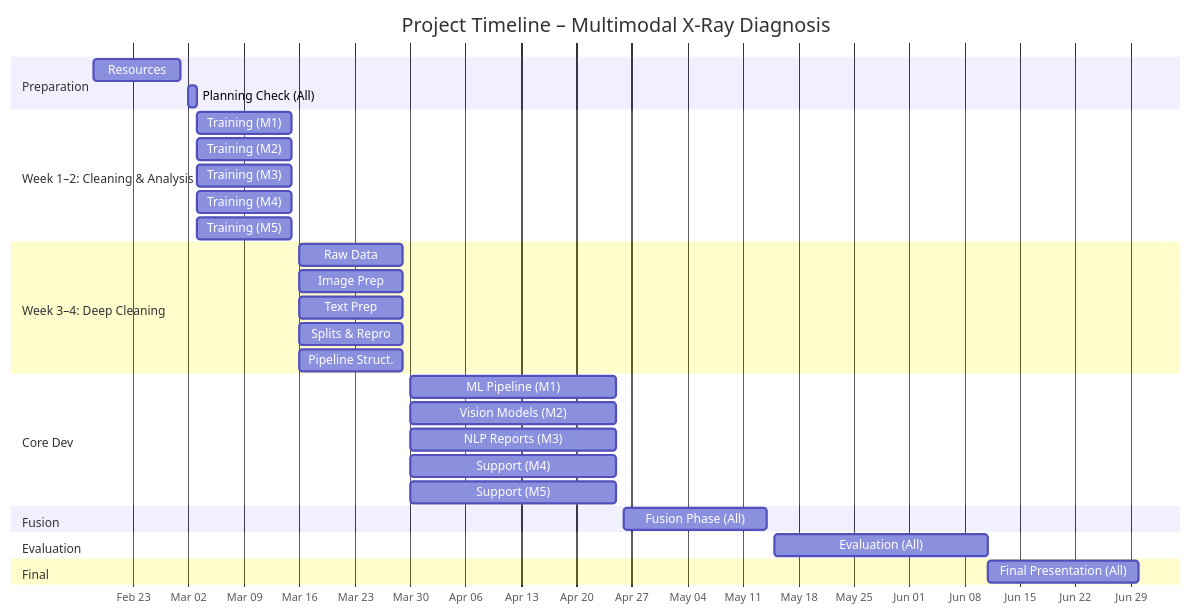
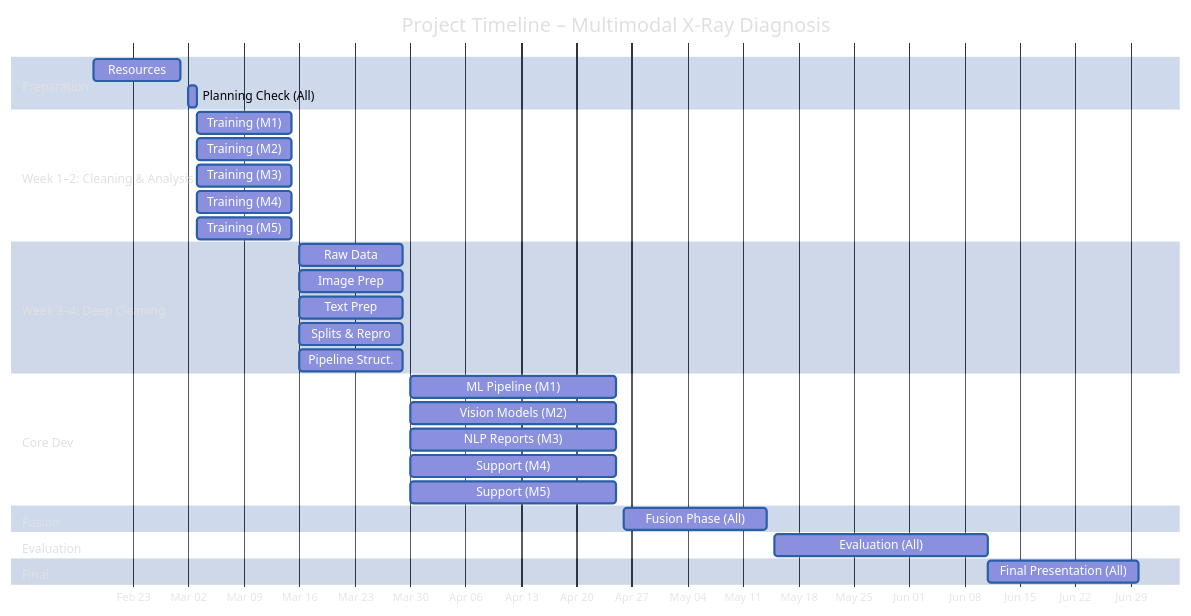
One commit to chaotiquetaurus/Open-i_chestxray_multimodal changed the diagram in Diagramme_planning.md. Above: the diagram before and after it, drawn with Mermaid.

````diff
--- a/Diagramme_planning.md
+++ b/Diagramme_planning.md
@@ -1,42 +1,55 @@
 ```mermaid
-
+%%{init: {
+    "theme": "default",
+    "themeVariables": {
+        "fontSize": "9px",
+        "fontFamily": "Inter",
+        "textColor": "#e0e0e0",
+        "taskTextColor": "#ffffff",
+        "taskColor": "#3a7bd5",
+        "taskBorderColor": "#2a5fa8",
+        "lineColor": "#90caf9",
+        "sectionBkgColor": "#0d47a1",
+        "sectionBkgColor2": "#0a3d91"
+    }
+}}%%
 
 gantt
     title Project Timeline – Multimodal X‑Ray Diagnosis
     dateFormat  YYYY-MM-DD
     axisFormat  %b %d
 
     section Preparation
-    Resources            :a1, 2025-02-18, 2025-03-01
-    Planning Check (All)             :a2, 2025-03-02, 1d
+    Resources                 :a1, 2025-02-18, 2025-03-01
+    Planning Check (All)      :a2, 2025-03-02, 1d
 
     section Week 1–2: Cleaning & Analysis
-    Training (M1)         :m1a, 2025-03-03, 2025-03-15
-    Training (M2)       :m2a, 2025-03-03, 2025-03-15
-    Training (M3)        :m3a, 2025-03-03, 2025-03-15
-    Training (M4)   :m4a, 2025-03-03, 2025-03-15
-    Training (M5) :m5a, 2025-03-03, 2025-03-15
+    Training (M1)             :m1a, 2025-03-03, 2025-03-15
+    Training (M2)             :m2a, 2025-03-03, 2025-03-15
+    Training (M3)             :m3a, 2025-03-03, 2025-03-15
+    Training (M4)             :m4a, 2025-03-03, 2025-03-15
+    Training (M5)             :m5a, 2025-03-03, 2025-03-15
 
     section Week 3–4: Deep Cleaning
-    Raw Data             :m1b, 2025-03-16, 2025-03-29
-    Image Prep           :m2b, 2025-03-16, 2025-03-29
-    Text Prep            :m3b, 2025-03-16, 2025-03-29
-    Splits & Repro       :m4b, 2025-03-16, 2025-03-29
-    Pipeline Struct.     :m5b, 2025-03-16, 2025-03-29
+    Raw Data                  :m1b, 2025-03-16, 2025-03-29
+    Image Prep                :m2b, 2025-03-16, 2025-03-29
+    Text Prep                 :m3b, 2025-03-16, 2025-03-29
+    Splits & Repro            :m4b, 2025-03-16, 2025-03-29
+    Pipeline Struct.          :m5b, 2025-03-16, 2025-03-29
 
     section Core Dev
-    ML Pipeline (M1)                 :m1c, 2025-03-30, 2025-04-25
-    Vision Models (M2)               :m2c, 2025-03-30, 2025-04-25
-    NLP Reports (M3)                 :m3c, 2025-03-30, 2025-04-25
-    Support (M4)                     :m4c, 2025-03-30, 2025-04-25
-    Support (M5)                     :m5c, 2025-03-30, 2025-04-25
+    ML Pipeline (M1)          :m1c, 2025-03-30, 2025-04-25
+    Vision Models (M2)        :m2c, 2025-03-30, 2025-04-25
+    NLP Reports (M3)          :m3c, 2025-03-30, 2025-04-25
+    Support (M4)              :m4c, 2025-03-30, 2025-04-25
+    Support (M5)              :m5c, 2025-03-30, 2025-04-25
 
     section Fusion
-    Fusion Phase (All)               :fusion, 2025-04-26, 2025-05-14
+    Fusion Phase (All)        :fusion, 2025-04-26, 2025-05-14
 
     section Evaluation
-    Evaluation (All)                 :eval, 2025-05-15, 2025-06-11
+    Evaluation (All)          :eval, 2025-05-15, 2025-06-11
 
     section Final
-    Final Presentation (All)         :present, 2025-06-11, 2025-06-30
+    Final Presentation (All)  :present, 2025-06-11, 2025-06-30
 ```
````
